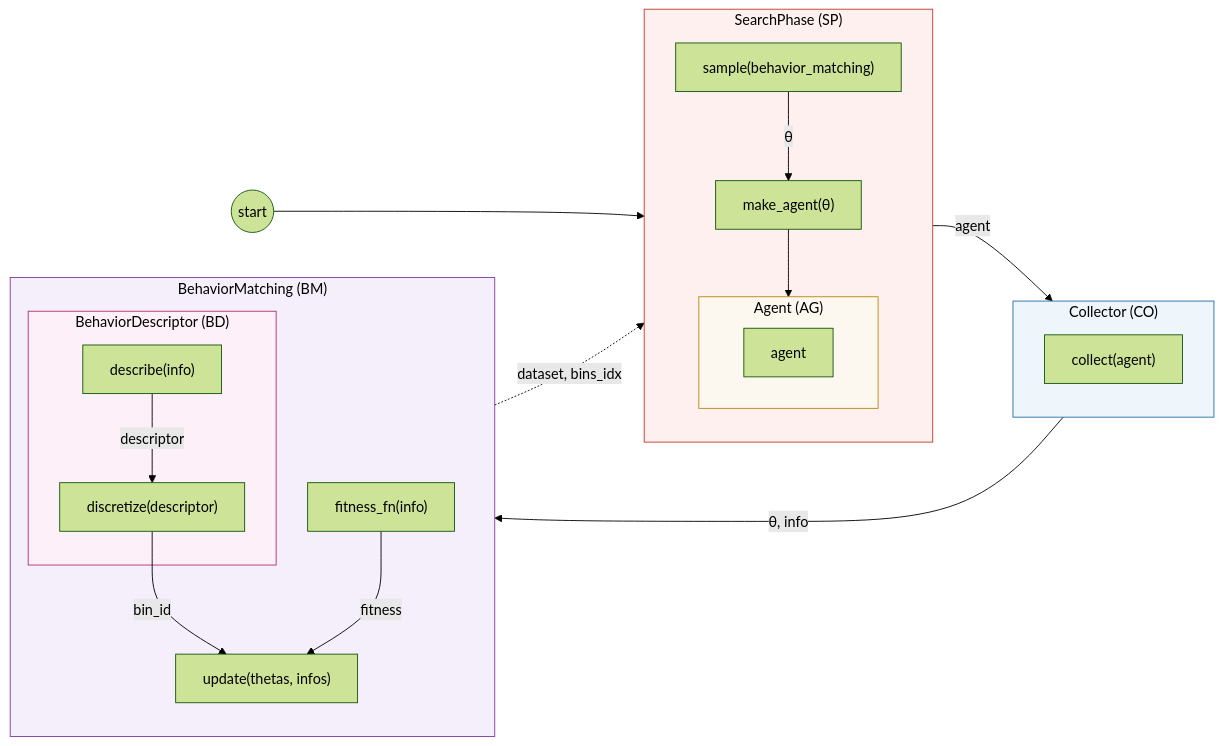
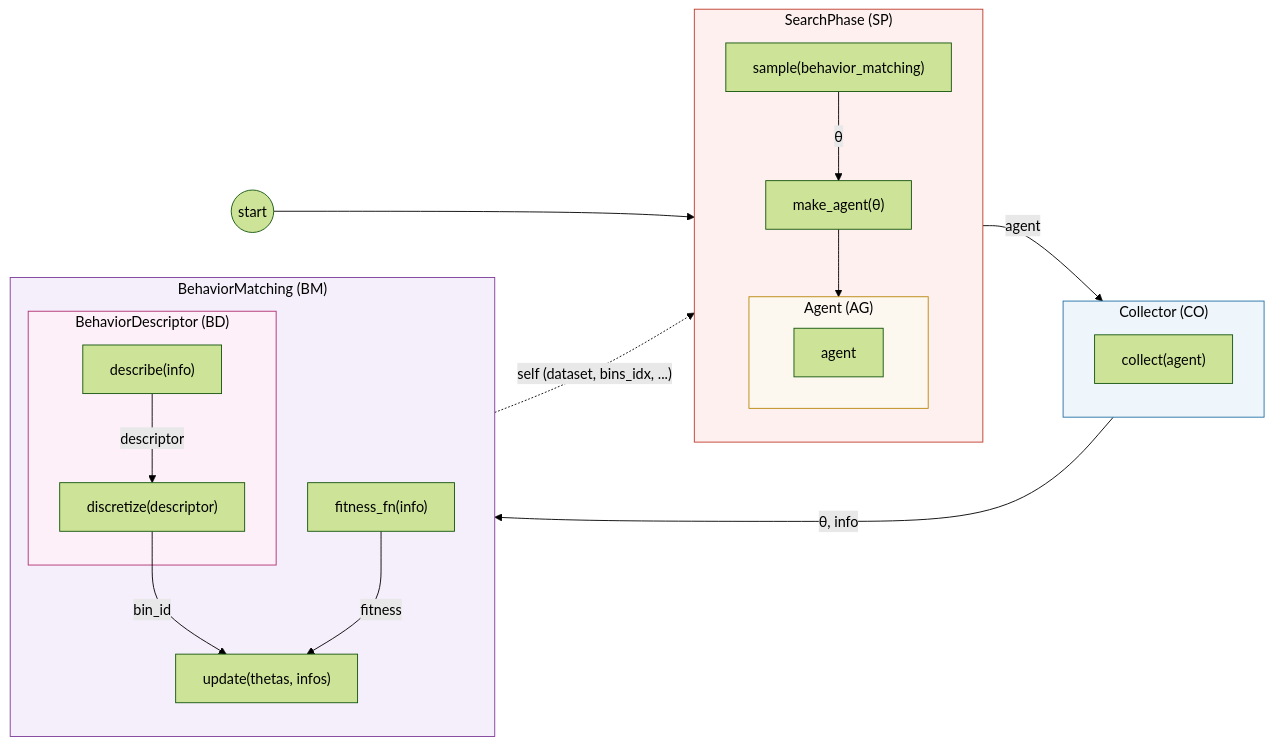
Before and after one commit to yugoguy/org: the first of 3 diagrams in README.md, drawn with Mermaid (forest theme). The commit also changed other lines of this file, not shown here.

````diff
--- a/README.md
+++ b/README.md
@@ -19,40 +19,40 @@
 ```mermaid
 flowchart LR
     START(("start"))
 
     subgraph SP["SearchPhase (SP)"]
         direction TB
         sample["sample(behavior_matching)"]
         sample -->|"θ"| make_agent["make_agent(θ)"]
         subgraph AG1["Agent (AG)"]
             agent1["agent"]
         end
         make_agent --> AG1
     end
 
     subgraph CO["Collector (CO)"]
         collect["collect(agent)"]
     end
 
     subgraph BM["BehaviorMatching (BM)"]
         direction TB
         subgraph BD["BehaviorDescriptor (BD)"]
             describe["describe(info)"]
             describe -->|"descriptor"| discretize["discretize(descriptor)"]
         end
         fitness_fn["fitness_fn(info)"]
         discretize -->|"bin_id"| update["update(thetas, infos)"]
         fitness_fn -->|"fitness"| update
     end
 
     START --> SP
     SP -->|"agent"| CO
     CO -->|"θ, info"| BM
-    BM -.->|"dataset, bins_idx"| SP
+    BM -.->|"self (dataset, bins_idx, ...)"| SP
 
     style SP fill:#fdf0ef,stroke:#c0392b,color:#000
     style CO fill:#eef5fb,stroke:#2471a3,color:#000
     style BM fill:#f5eefb,stroke:#7d3c98,color:#000
     style BD fill:#fdf0f8,stroke:#b03070,color:#000
     style AG1 fill:#fdf8ef,stroke:#b8860b,color:#000
 ```
````
